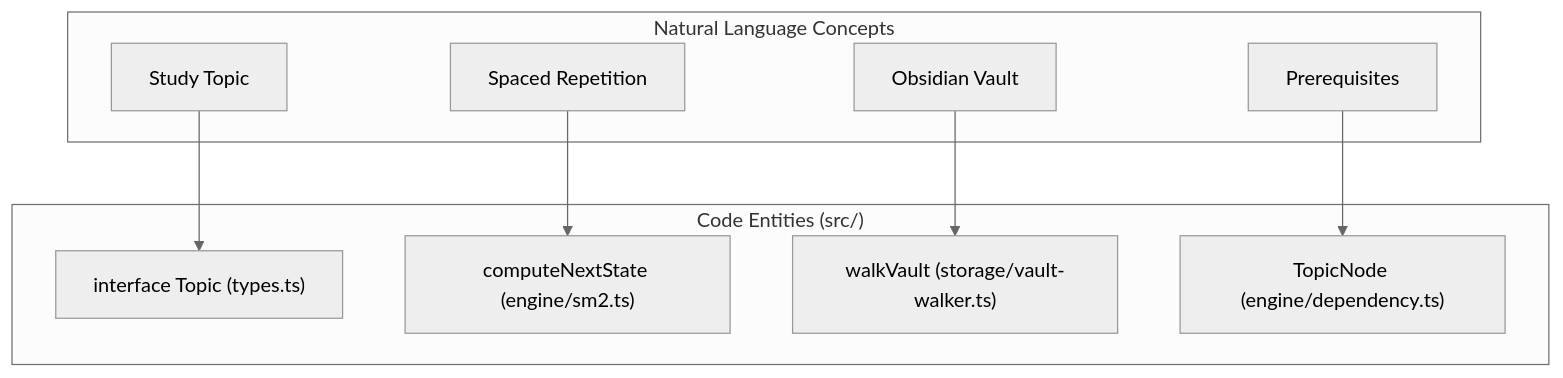
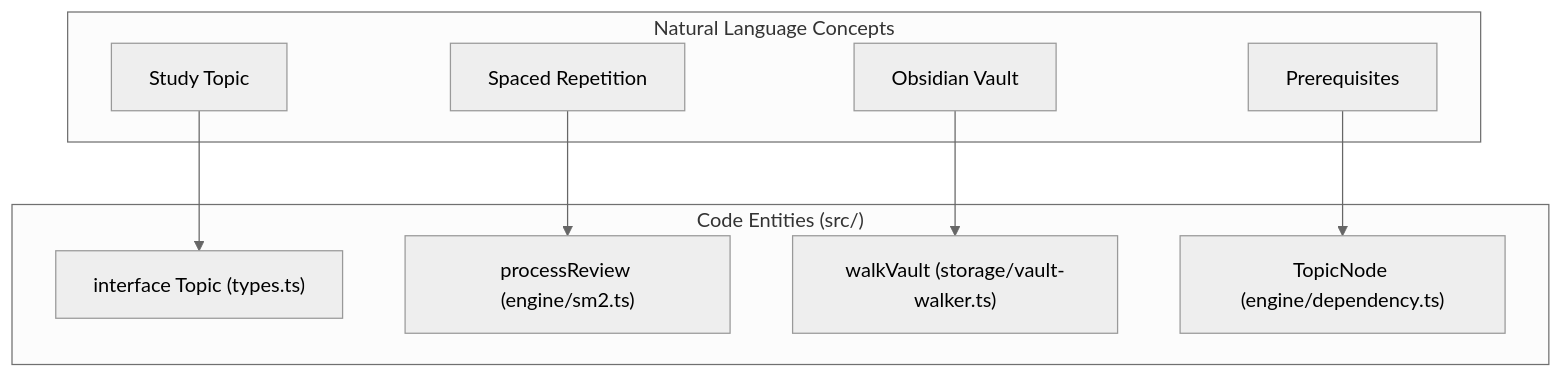
One commit to Kuldeep2822k/cli changed the second of 2 diagrams in docs/08-1-phase-1-specification-and-invariants.md. Above: the diagram before and after it, drawn with Mermaid (neutral theme). The commit also changed other lines of this file and 77 other files, not shown here.

````diff
--- a/docs/08-1-phase-1-specification-and-invariants.md
+++ b/docs/08-1-phase-1-specification-and-invariants.md
@@ -100,19 +104,19 @@
 ```mermaid
 flowchart TD
     subgraph subGraph1 ["Code Entities (src/)"]
         TopicInterface["interface Topic (types.ts)"]
-        SM2Func["computeNextState (engine/sm2.ts)"]
+        SM2Func["processReview (engine/sm2.ts)"]
         VaultWalker["walkVault (storage/vault-walker.ts)"]
         GraphEngine["TopicNode (engine/dependency.ts)"]
     end
     subgraph subGraph0 ["Natural Language Concepts"]
         TopicConcept["Study Topic"]
         ReviewAction["Spaced Repetition"]
         Vault["Obsidian Vault"]
         DepGraph["Prerequisites"]
     end
     TopicConcept --> TopicInterface
     ReviewAction --> SM2Func
     Vault --> VaultWalker
     DepGraph --> GraphEngine
 ```
````
